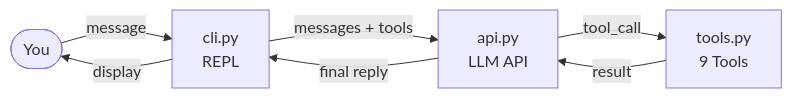
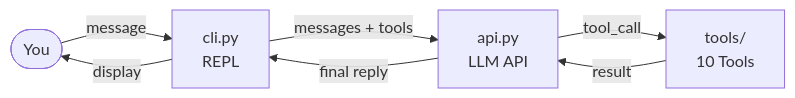
Before and after one commit to sundl123/miniclaw: the diagram in README.md, drawn with Mermaid. The commit also changed other lines of this file and 2 other files, not shown here.

````diff
--- a/README.md
+++ b/README.md
@@ -91,9 +92,9 @@
 ```mermaid
 flowchart LR
     User([You]) -->|message| REPL[cli.py<br>REPL]
     REPL -->|messages + tools| LLM[api.py<br>LLM API]
-    LLM -->|tool_call| Tools[tools.py<br>9 Tools]
+    LLM -->|tool_call| Tools[tools/<br>10 Tools]
     Tools -->|result| LLM
     LLM -->|final reply| REPL
     REPL -->|display| User
 ```
````
